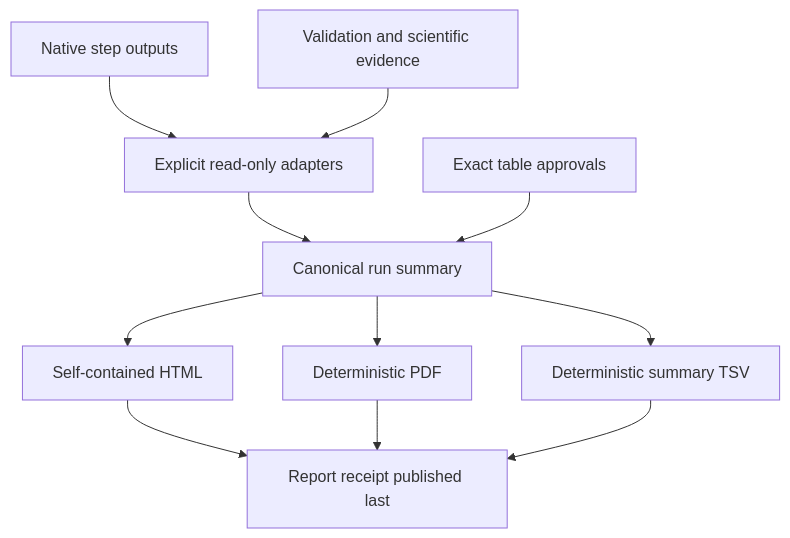
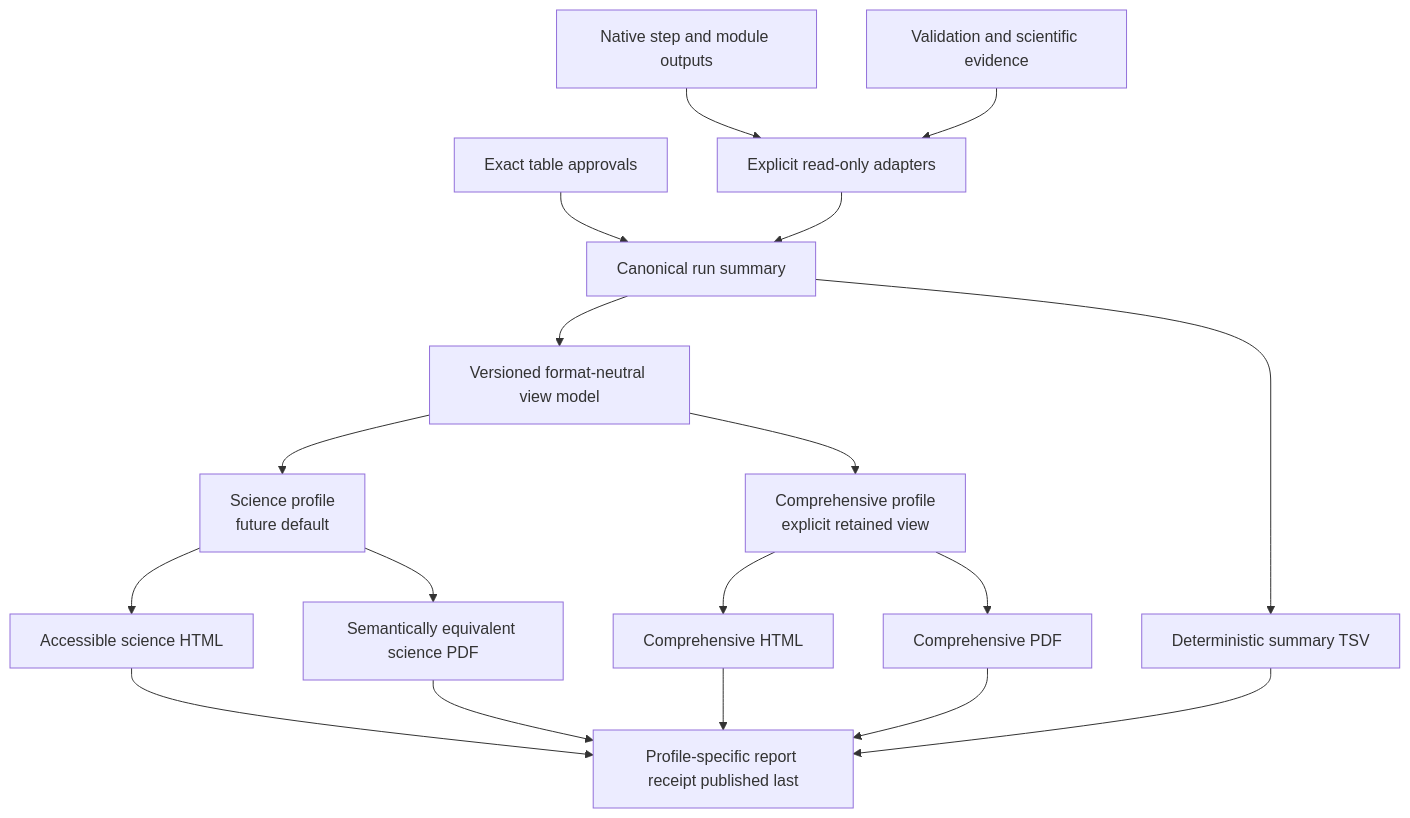
The diagram in docs/architecture/diagrams/future_reporting_layer.mmd (lab-cats/EMRYS), drawn with Mermaid before and after one commit. The commit also changed 62 other files, not shown here.

Commit message:
docs: capture architecture direction and task registry

```diff
--- a/docs/architecture/diagrams/future_reporting_layer.mmd
+++ b/docs/architecture/diagrams/future_reporting_layer.mmd
@@ -1,11 +1,18 @@
 flowchart TD
-    native["Native step outputs"] --> adapters["Explicit read-only adapters"]
+    native["Native step and module outputs"] --> adapters["Explicit read-only adapters"]
     evidence["Validation and scientific evidence"] --> adapters
-    adapters --> summary["Canonical run summary"]
-    approvals["Exact table approvals"] --> summary
-    summary --> html["Self-contained HTML"]
-    summary --> pdf["Deterministic PDF"]
+    approvals["Exact table approvals"] --> summary["Canonical run summary"]
+    adapters --> summary
+    summary --> view["Versioned format-neutral view model"]
+    view --> science["Science profile<br/>future default"]
+    view --> comprehensive["Comprehensive profile<br/>explicit retained view"]
+    science --> sciencehtml["Accessible science HTML"]
+    science --> sciencepdf["Semantically equivalent science PDF"]
+    comprehensive --> fullhtml["Comprehensive HTML"]
+    comprehensive --> fullpdf["Comprehensive PDF"]
     summary --> tsv["Deterministic summary TSV"]
-    html --> receipt["Report receipt published last"]
-    pdf --> receipt
+    sciencehtml --> receipt["Profile-specific report receipt published last"]
+    sciencepdf --> receipt
+    fullhtml --> receipt
+    fullpdf --> receipt
     tsv --> receipt
```
